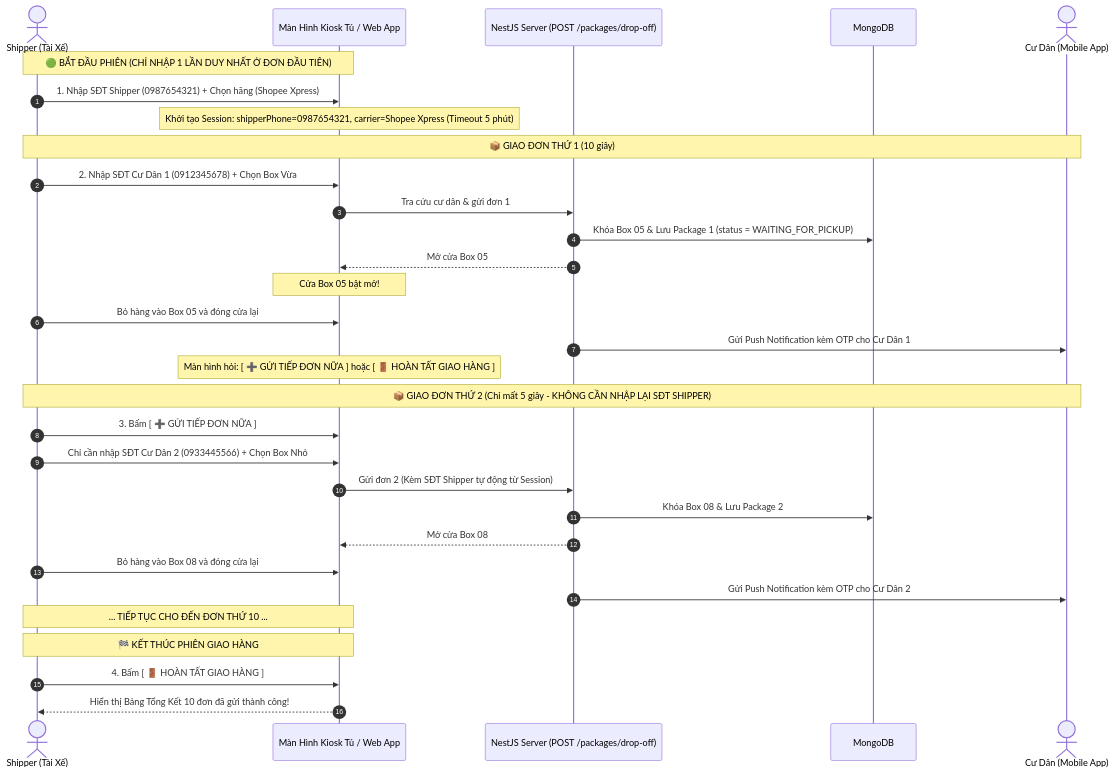
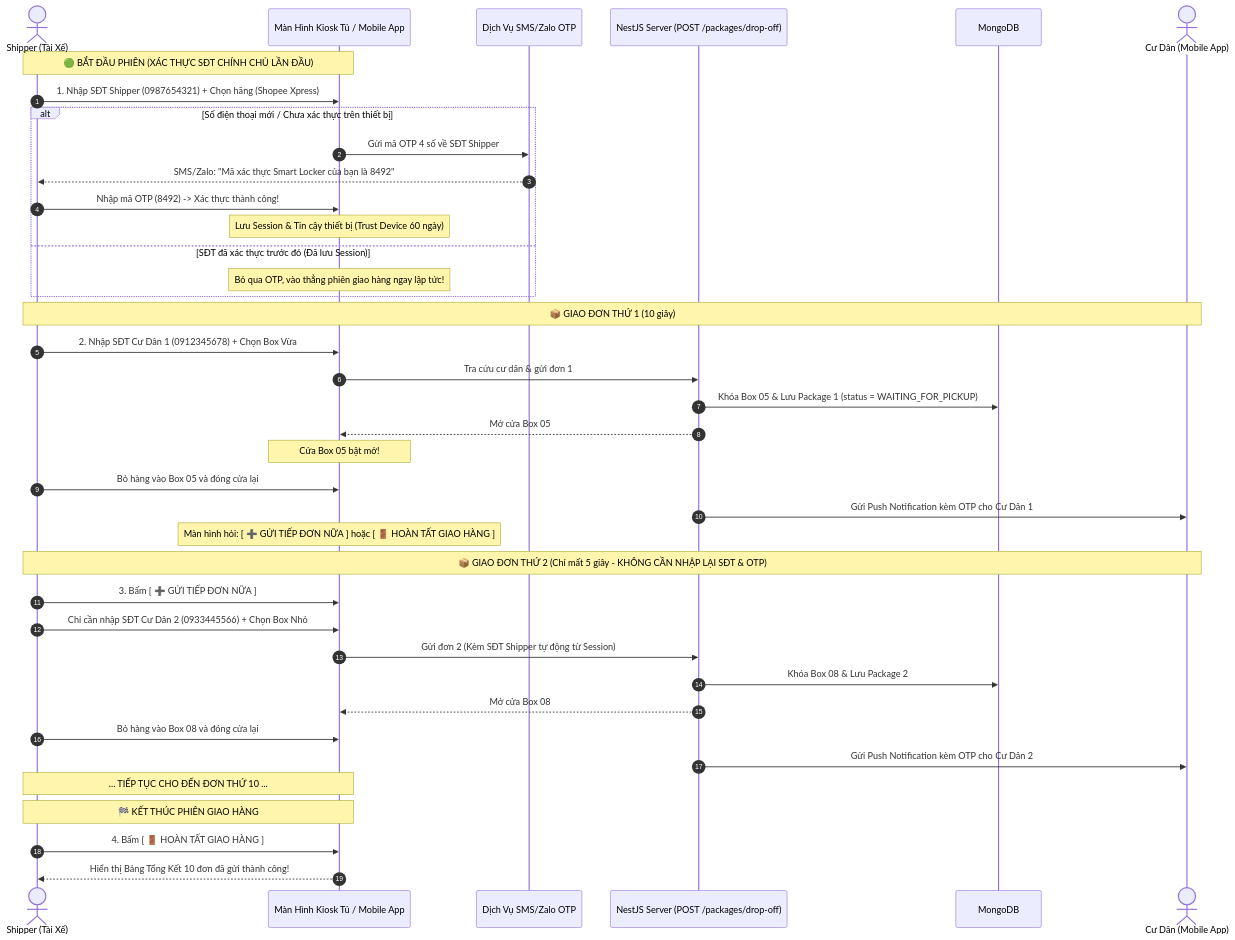
One commit to xuanphat0505/smart-locker-server changed the second of 2 diagrams in src/docs/shipper_flow.md. Above: the diagram before and after it, drawn with Mermaid. The commit also changed other lines of this file and 11 other files, not shown here.

Commit message:
feat(packages): implement shipper phone OTP authentication and sliding session (#10)

````diff
--- a/src/docs/shipper_flow.md
+++ b/src/docs/shipper_flow.md
@@ -31,38 +31,46 @@
 ```mermaid
 sequenceDiagram
     autonumber
     actor Shipper as Shipper (Tài Xế)
-    participant Kiosk as Màn Hình Kiosk Tủ / Web App
+    participant Kiosk as Màn Hình Kiosk Tủ / Mobile App
+    participant OTP as Dịch Vụ SMS/Zalo OTP
     participant Backend as NestJS Server (POST /packages/drop-off)
     participant DB as MongoDB
     actor Resident as Cư Dân (Mobile App)
 
-    Note over Shipper,Kiosk: 🟢 BẮT ĐẦU PHIÊN (CHỈ NHẬP 1 LẦN DUY NHẤT Ở ĐƠN ĐẦU TIÊN)
+    Note over Shipper,Kiosk: 🟢 BẮT ĐẦU PHIÊN (XÁC THỰC SĐT CHÍNH CHỦ LẦN ĐẦU)
     Shipper->>Kiosk: 1. Nhập SĐT Shipper (0987654321) + Chọn hãng (Shopee Xpress)
-    Note over Kiosk: Khởi tạo Session: shipperPhone=0987654321, carrier=Shopee Xpress (Timeout 5 phút)
+    alt Số điện thoại mới / Chưa xác thực trên thiết bị
+        Kiosk->>OTP: Gửi mã OTP 4 số về SĐT Shipper
+        OTP-->>Shipper: SMS/Zalo: "Mã xác thực Smart Locker của bạn là 8492"
+        Shipper->>Kiosk: Nhập mã OTP (8492) -> Xác thực thành công!
+        Note over Kiosk: Lưu Session & Tin cậy thiết bị (Trust Device 60 ngày)
+    else SĐT đã xác thực trước đó (Đã lưu Session)
+        Note over Kiosk: Bỏ qua OTP, vào thẳng phiên giao hàng ngay lập tức!
+    end
 
     Note over Shipper,Resident: 📦 GIAO ĐƠN THỨ 1 (10 giây)
     Shipper->>Kiosk: 2. Nhập SĐT Cư Dân 1 (0912345678) + Chọn Box Vừa
     Kiosk->>Backend: Tra cứu cư dân & gửi đơn 1
     Backend->>DB: Khóa Box 05 & Lưu Package 1 (status = WAITING_FOR_PICKUP)
     Backend-->>Kiosk: Mở cửa Box 05
     Note over Kiosk: Cửa Box 05 bật mở!
     Shipper->>Kiosk: Bỏ hàng vào Box 05 và đóng cửa lại
     Backend->>Resident: Gửi Push Notification kèm OTP cho Cư Dân 1
     Note over Kiosk: Màn hình hỏi: [ ➕ GỬI TIẾP ĐƠN NỮA ] hoặc [ 🚪 HOÀN TẤT GIAO HÀNG ]
 
-    Note over Shipper,Resident: 📦 GIAO ĐƠN THỨ 2 (Chỉ mất 5 giây - KHÔNG CẦN NHẬP LẠI SĐT SHIPPER)
+    Note over Shipper,Resident: 📦 GIAO ĐƠN THỨ 2 (Chỉ mất 5 giây - KHÔNG CẦN NHẬP LẠI SĐT & OTP)
     Shipper->>Kiosk: 3. Bấm [ ➕ GỬI TIẾP ĐƠN NỮA ]
     Shipper->>Kiosk: Chỉ cần nhập SĐT Cư Dân 2 (0933445566) + Chọn Box Nhỏ
     Kiosk->>Backend: Gửi đơn 2 (Kèm SĐT Shipper tự động từ Session)
     Backend->>DB: Khóa Box 08 & Lưu Package 2
     Backend-->>Kiosk: Mở cửa Box 08
     Shipper->>Kiosk: Bỏ hàng vào Box 08 và đóng cửa lại
     Backend->>Resident: Gửi Push Notification kèm OTP cho Cư Dân 2
 
     Note over Shipper,Kiosk: ... TIẾP TỤC CHO ĐẾN ĐƠN THỨ 10 ...
 
     Note over Shipper,Kiosk: 🏁 KẾT THÚC PHIÊN GIAO HÀNG
     Shipper->>Kiosk: 4. Bấm [ 🚪 HOÀN TẤT GIAO HÀNG ]
     Kiosk-->>Shipper: Hiển thị Bảng Tổng Kết 10 đơn đã gửi thành công!
 ```
````
